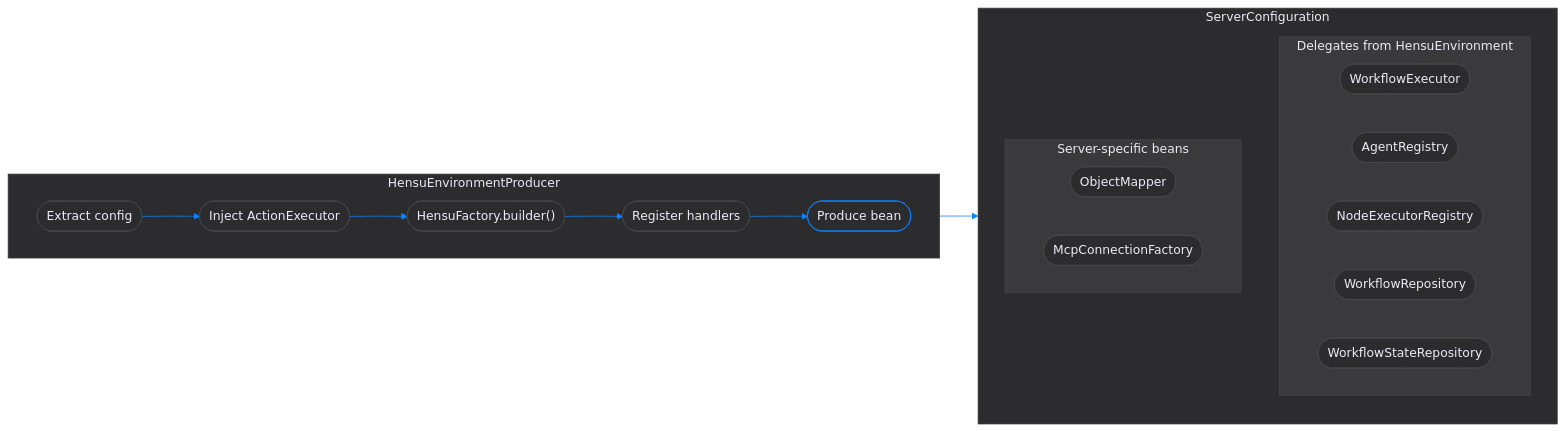
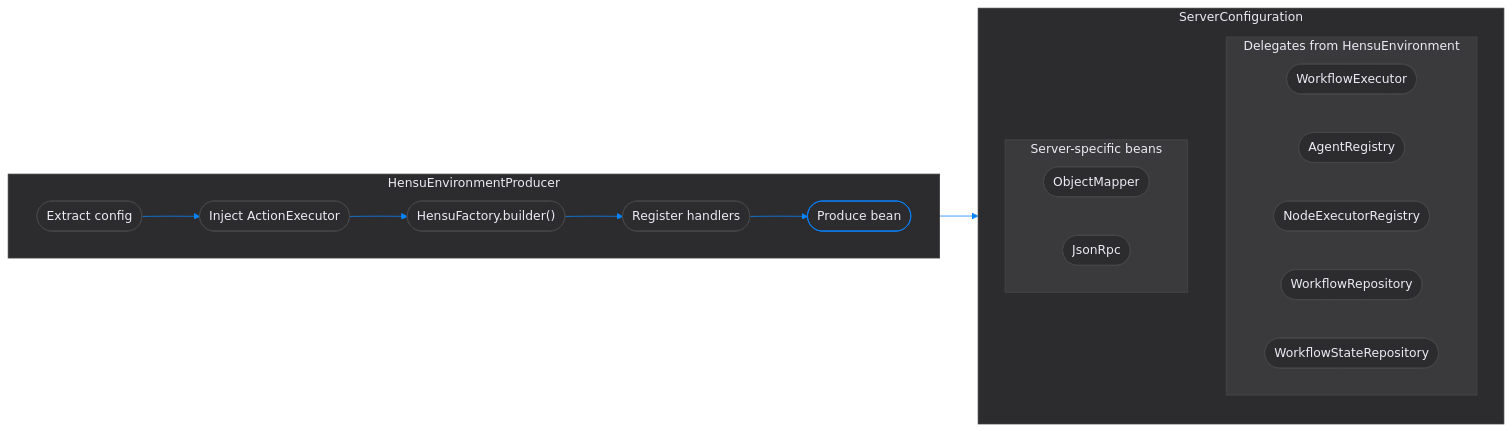
One commit to hensu-project/hensu changed the ninth of 9 diagrams in docs/unified-architecture.md. Above: the diagram before and after it, drawn with Mermaid. The commit also changed other lines of this file and 92 other files, not shown here.

````diff
--- a/docs/unified-architecture.md
+++ b/docs/unified-architecture.md
@@ -868,46 +908,46 @@
 ```mermaid
 flowchart LR
     subgraph producer["HensuEnvironmentProducer"]
         direction LR
         p1(["Extract config"]) --> p2(["Inject ActionExecutor"]) --> p3(["HensuFactory.builder()"]) --> p4(["Register handlers"]) --> p5(["Produce bean"])
     end
 
     subgraph config["ServerConfiguration"]
         direction TB
         subgraph delegates["Delegates from HensuEnvironment"]
             direction LR
             d1(["WorkflowExecutor"])
             d2(["AgentRegistry"])
             d3(["NodeExecutorRegistry"])
             d5(["WorkflowRepository"])
             d6(["WorkflowStateRepository"])
         end
         subgraph server_beans["Server-specific beans"]
             direction LR
             s1(["ObjectMapper"])
-            s3(["McpConnectionFactory"])
+            s3(["JsonRpc"])
         end
     end
 
     producer --> config
 
     style producer fill:#2c2c2e, stroke:#3a3a3c, color:#ebebf5, stroke-width:1px
     style config fill:#2c2c2e, stroke:#3a3a3c, color:#ebebf5, stroke-width:1px
     style delegates fill:#3a3a3c, stroke:#48484a, color:#ebebf5, stroke-width:1px
     style server_beans fill:#3a3a3c, stroke:#48484a, color:#ebebf5, stroke-width:1px
 
     style p1 fill:#2c2c2e, stroke:#48484a, color:#ebebf5, stroke-width:1px
     style p2 fill:#2c2c2e, stroke:#48484a, color:#ebebf5, stroke-width:1px
     style p3 fill:#2c2c2e, stroke:#48484a, color:#ebebf5, stroke-width:1px
     style p4 fill:#2c2c2e, stroke:#48484a, color:#ebebf5, stroke-width:1px
     style p5 fill:#2c2c2e, stroke:#0A84FF, color:#ebebf5, stroke-width:1px
     style d1 fill:#2c2c2e, stroke:#48484a, color:#ebebf5, stroke-width:1px
     style d2 fill:#2c2c2e, stroke:#48484a, color:#ebebf5, stroke-width:1px
     style d3 fill:#2c2c2e, stroke:#48484a, color:#ebebf5, stroke-width:1px
     style d5 fill:#2c2c2e, stroke:#48484a, color:#ebebf5, stroke-width:1px
     style d6 fill:#2c2c2e, stroke:#48484a, color:#ebebf5, stroke-width:1px
     style s1 fill:#2c2c2e, stroke:#48484a, color:#ebebf5, stroke-width:1px
     style s3 fill:#2c2c2e, stroke:#48484a, color:#ebebf5, stroke-width:1px
 
     linkStyle default stroke:#0A84FF, stroke-width:1px
 ```
````
